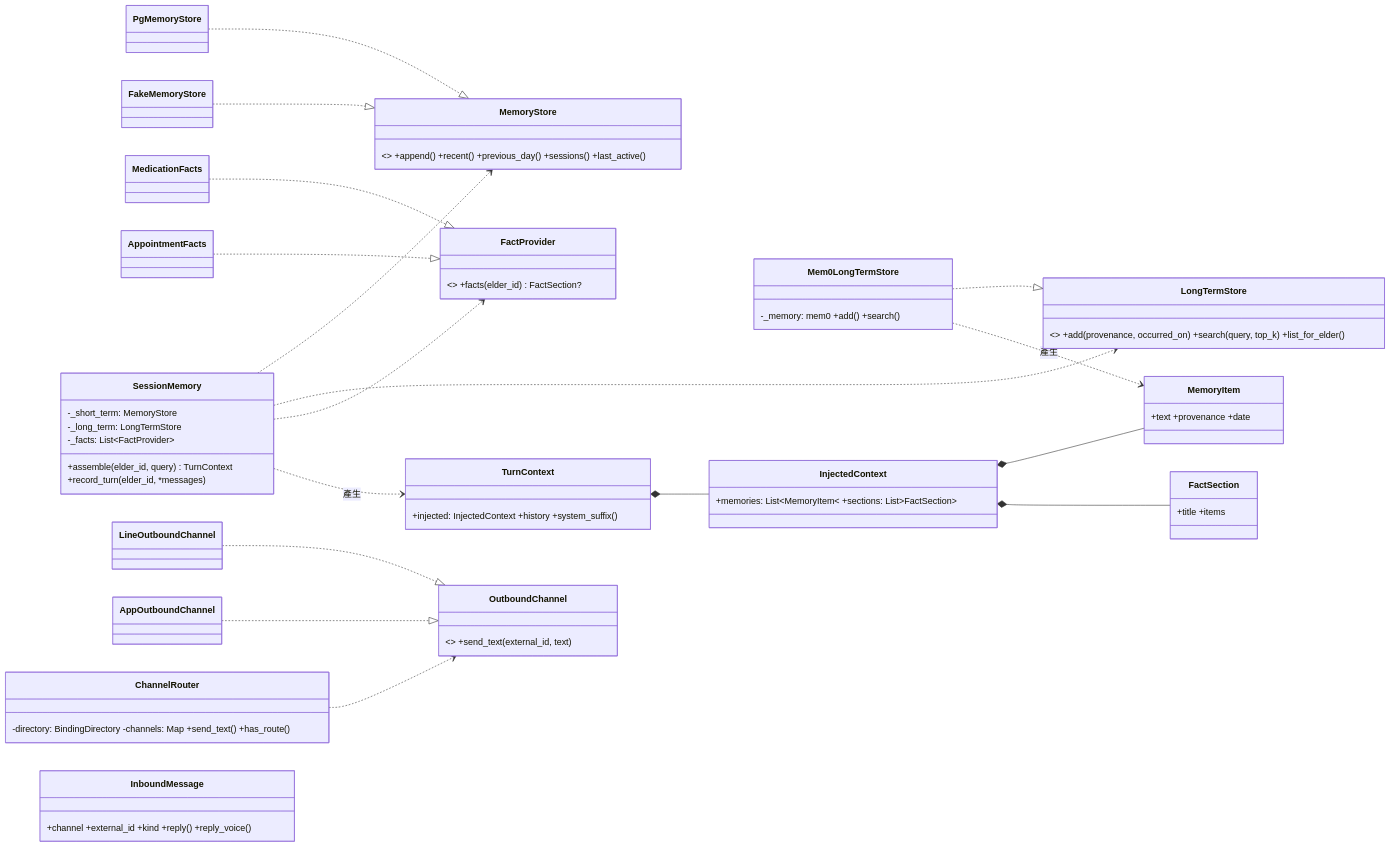
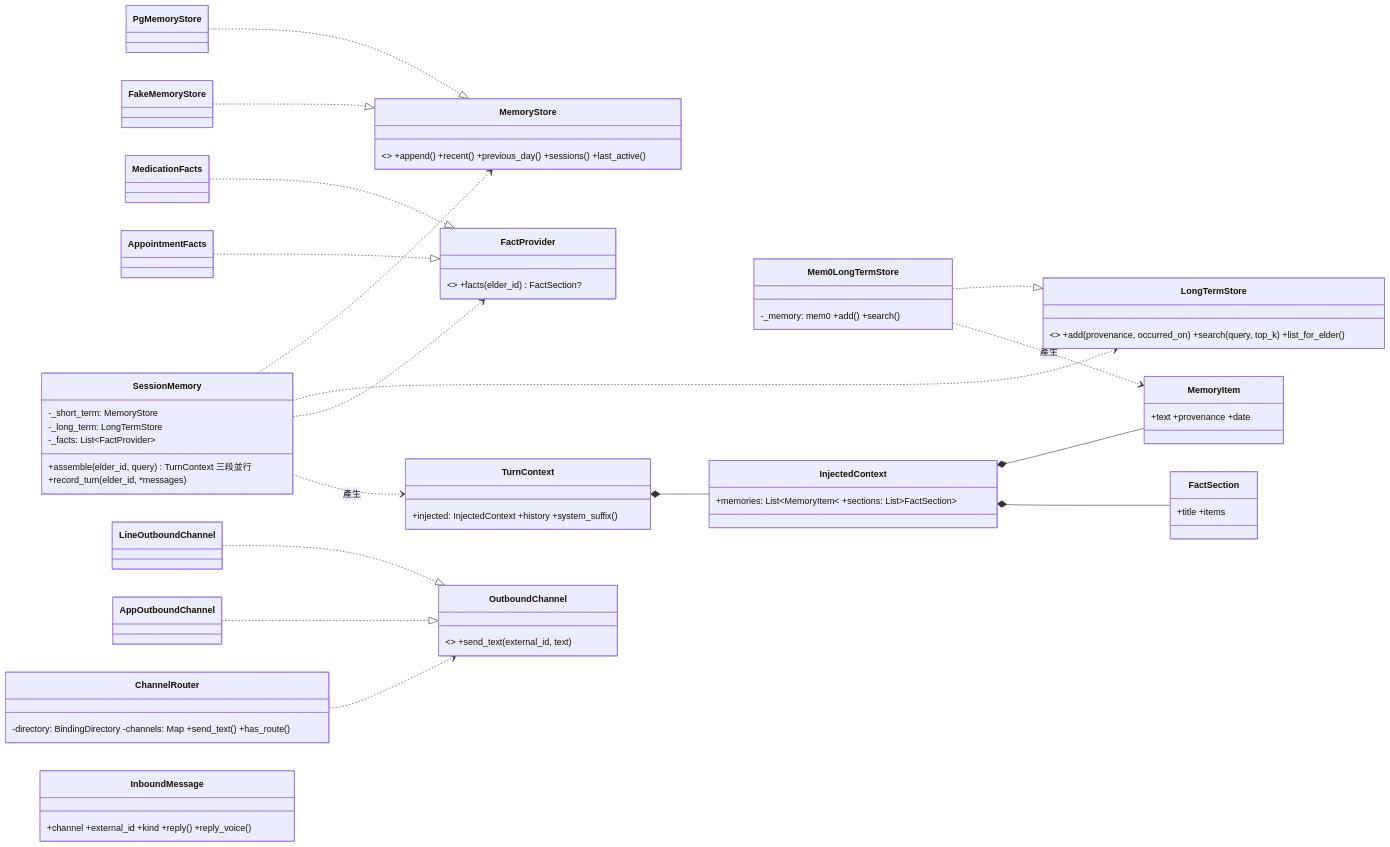
The third of 7 diagrams in docs/dev/10_類別關係.md (leo53021313/kinsun), drawn with Mermaid before and after one commit. The commit also changed other lines of this file and 7 other files, not shown here.

````diff
--- a/docs/dev/10_類別關係.md
+++ b/docs/dev/10_類別關係.md
@@ -156,45 +168,45 @@
 ```mermaid
 classDiagram
     direction LR
     class SessionMemory {
         -_short_term: MemoryStore
         -_long_term: LongTermStore
         -_facts: List~FactProvider~
-        +assemble(elder_id, query) TurnContext
+        +assemble(elder_id, query) TurnContext 三段並行
         +record_turn(elder_id, *messages)
     }
     class MemoryStore { <<Protocol>> +append() +recent() +previous_day() +sessions() +last_active() }
     class PgMemoryStore
     class FakeMemoryStore
     class LongTermStore { <<Protocol>> +add(provenance, occurred_on) +search(query, top_k) +list_for_elder() }
     class Mem0LongTermStore { -_memory: mem0 +add() +search() }
     class FactProvider { <<Protocol>> +facts(elder_id) FactSection? }
     class MedicationFacts
     class AppointmentFacts
     class TurnContext { +injected: InjectedContext +history +system_suffix() }
     class InjectedContext { +memories: List~MemoryItem~ +sections: List~FactSection~ }
     class MemoryItem { +text +provenance +date }
     class FactSection { +title +items }
     class ChannelRouter { -directory: BindingDirectory -channels: Map +send_text() +has_route() }
     class OutboundChannel { <<Protocol>> +send_text(external_id, text) }
     class LineOutboundChannel
     class AppOutboundChannel
     class InboundMessage { +channel +external_id +kind +reply() +reply_voice() }
 
     PgMemoryStore ..|> MemoryStore
     FakeMemoryStore ..|> MemoryStore
     Mem0LongTermStore ..|> LongTermStore
     MedicationFacts ..|> FactProvider
     AppointmentFacts ..|> FactProvider
     SessionMemory ..> MemoryStore
     SessionMemory ..> LongTermStore
     SessionMemory ..> FactProvider
     SessionMemory ..> TurnContext : 產生
     TurnContext *-- InjectedContext
     InjectedContext *-- MemoryItem
     InjectedContext *-- FactSection
     Mem0LongTermStore ..> MemoryItem : 產生
     LineOutboundChannel ..|> OutboundChannel
     AppOutboundChannel ..|> OutboundChannel
     ChannelRouter ..> OutboundChannel
 ```
````
